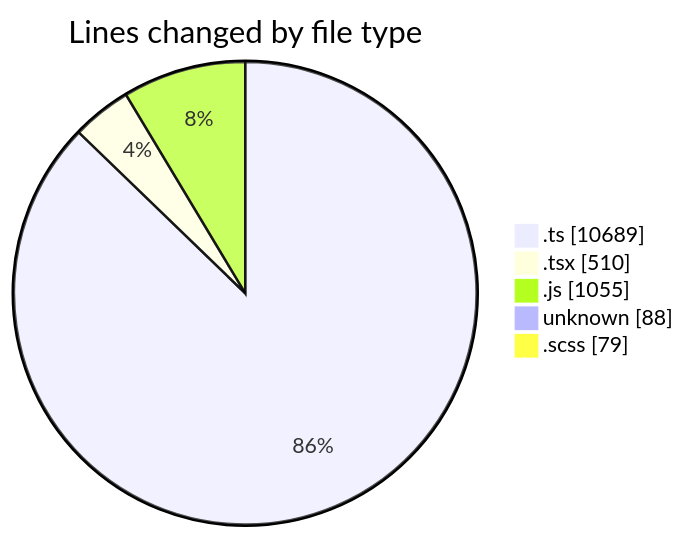
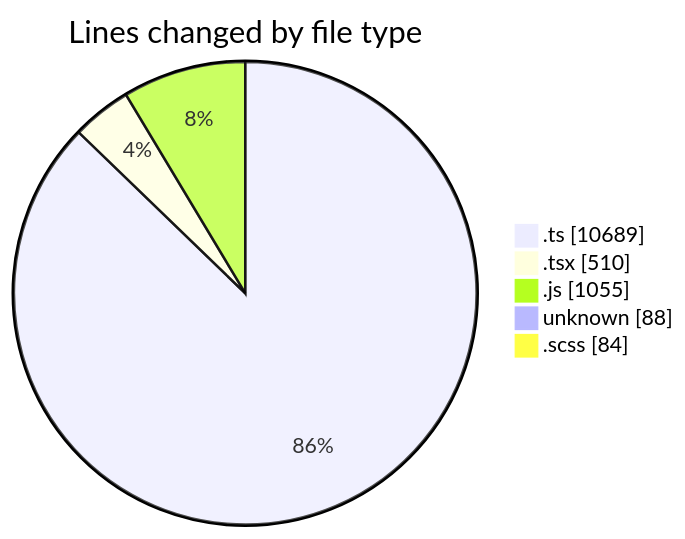
One commit to momahboobian/code-tracking changed the first of 2 diagrams in 2026-03-11/cda/README.md. Above: the diagram before and after it, drawn with Mermaid. The commit also changed other lines of this file and 1 other file, not shown here.

````diff
--- a/2026-03-11/cda/README.md
+++ b/2026-03-11/cda/README.md
@@ -36,9 +36,9 @@
 ```mermaid
 pie showData
 title Lines changed by file type
 ".ts" : 10689
 ".tsx" : 510
 ".js" : 1055
 "unknown" : 88
-".scss" : 79
+".scss" : 84
 ```
````
